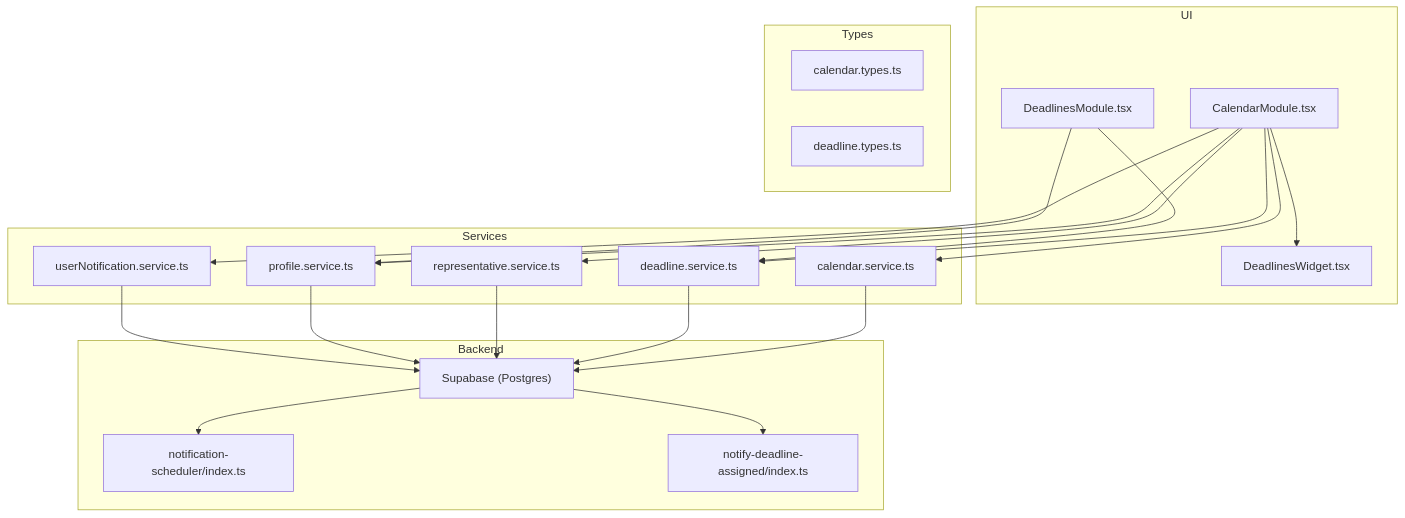
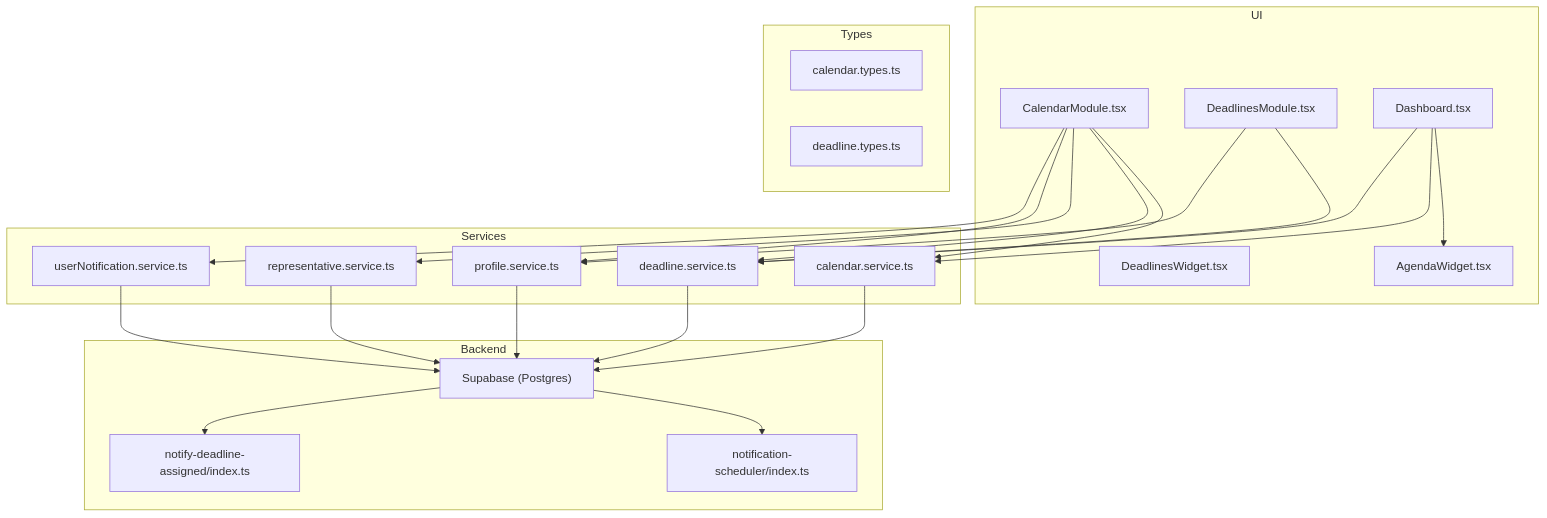
The first of 11 diagrams in .qoder/repowiki/en/content/Core Modules/Calendar & Deadlines.md (usermontalvao/CRMlaw), drawn with Mermaid before and after one commit. The commit also changed other lines of this file and 7 other files, not shown here.

````diff
--- a/.qoder/repowiki/en/content/Core Modules/Calendar & Deadlines.md
+++ b/.qoder/repowiki/en/content/Core Modules/Calendar & Deadlines.md
@@ -52,39 +57,43 @@
 ```mermaid
 graph TB
 subgraph "UI"
 CM["CalendarModule.tsx"]
 DM["DeadlinesModule.tsx"]
 DW["DeadlinesWidget.tsx"]
+AG["AgendaWidget.tsx"]
+DB["Dashboard.tsx"]
 end
 subgraph "Services"
 CS["calendar.service.ts"]
 DS["deadline.service.ts"]
 RS["representative.service.ts"]
 PS["profile.service.ts"]
 UNS["userNotification.service.ts"]
 end
 subgraph "Types"
 CT["calendar.types.ts"]
 DT["deadline.types.ts"]
 end
 subgraph "Backend"
 SUPA["Supabase (Postgres)"]
 FN["notification-scheduler/index.ts"]
 DA["notify-deadline-assigned/index.ts"]
 end
 CM --> CS
 CM --> DS
 CM --> RS
 CM --> PS
 CM --> UNS
 DM --> DS
 DM --> PS
 CS --> SUPA
 DS --> SUPA
 RS --> SUPA
 PS --> SUPA
 UNS --> SUPA
 SUPA --> FN
 SUPA --> DA
-CM --> DW
+DB --> AG
+DB --> CS
+DB --> DS
 ```
````
